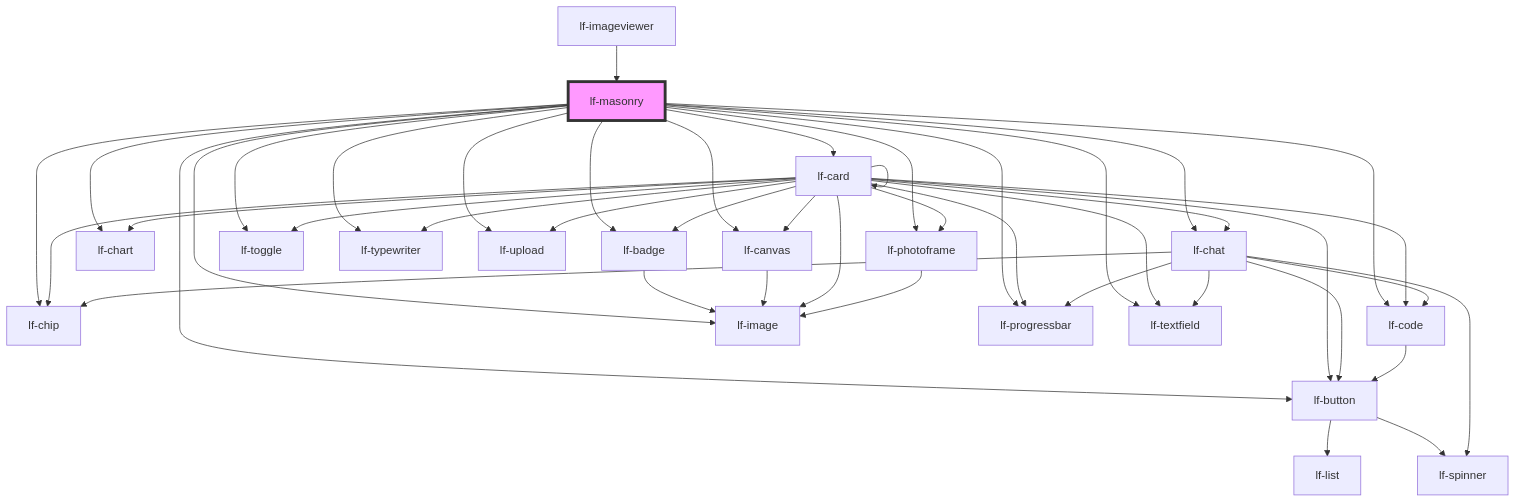
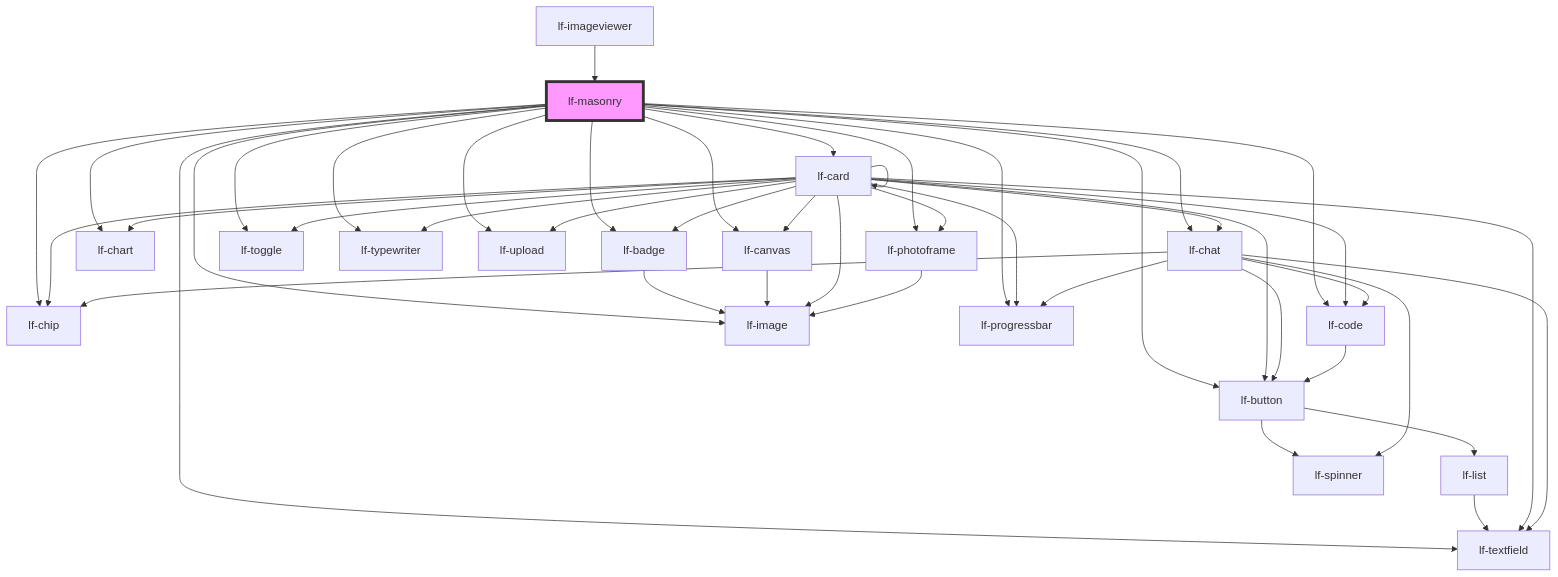
One commit to lucafoscili/lf-widgets changed the diagram in packages/core/src/components/lf-masonry/readme.md. Above: the diagram before and after it, drawn with Mermaid. The commit also changed 21 other files, not shown here.

````diff
--- a/packages/core/src/components/lf-masonry/readme.md
+++ b/packages/core/src/components/lf-masonry/readme.md
@@ -169,47 +169,48 @@
 ```mermaid
 graph TD;
   lf-masonry --> lf-badge
   lf-masonry --> lf-button
   lf-masonry --> lf-canvas
   lf-masonry --> lf-card
   lf-masonry --> lf-chart
   lf-masonry --> lf-chat
   lf-masonry --> lf-chip
   lf-masonry --> lf-code
   lf-masonry --> lf-image
   lf-masonry --> lf-photoframe
   lf-masonry --> lf-progressbar
   lf-masonry --> lf-textfield
   lf-masonry --> lf-toggle
   lf-masonry --> lf-typewriter
   lf-masonry --> lf-upload
   lf-badge --> lf-image
   lf-button --> lf-list
   lf-button --> lf-spinner
+  lf-list --> lf-textfield
   lf-canvas --> lf-image
   lf-card --> lf-badge
   lf-card --> lf-button
   lf-card --> lf-canvas
   lf-card --> lf-card
   lf-card --> lf-chart
   lf-card --> lf-chat
   lf-card --> lf-chip
   lf-card --> lf-code
   lf-card --> lf-image
   lf-card --> lf-photoframe
   lf-card --> lf-progressbar
   lf-card --> lf-textfield
   lf-card --> lf-toggle
   lf-card --> lf-typewriter
   lf-card --> lf-upload
   lf-chat --> lf-spinner
   lf-chat --> lf-button
   lf-chat --> lf-chip
   lf-chat --> lf-textfield
   lf-chat --> lf-progressbar
   lf-chat --> lf-code
   lf-code --> lf-button
   lf-photoframe --> lf-image
   lf-imageviewer --> lf-masonry
   style lf-masonry fill:#f9f,stroke:#333,stroke-width:4px
 ```
````
